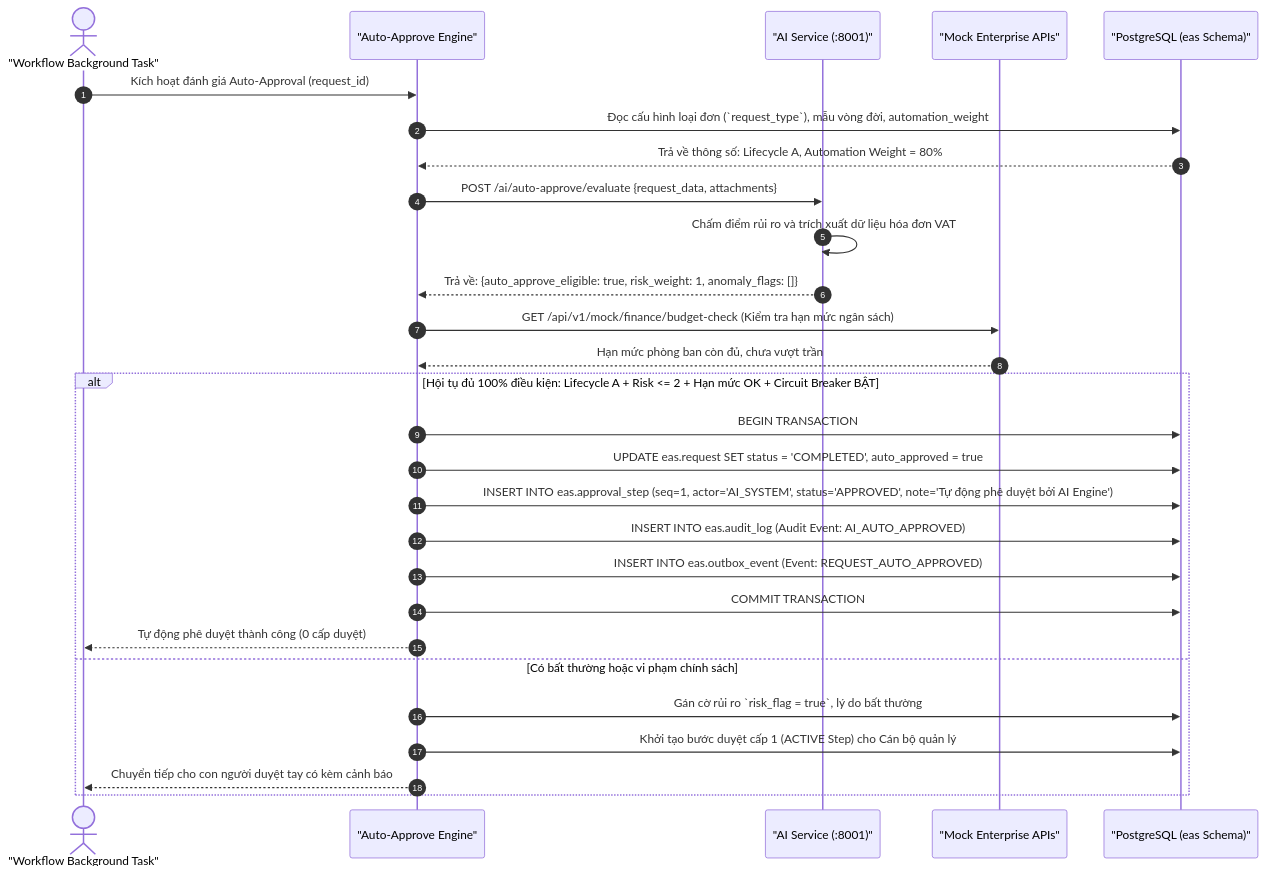
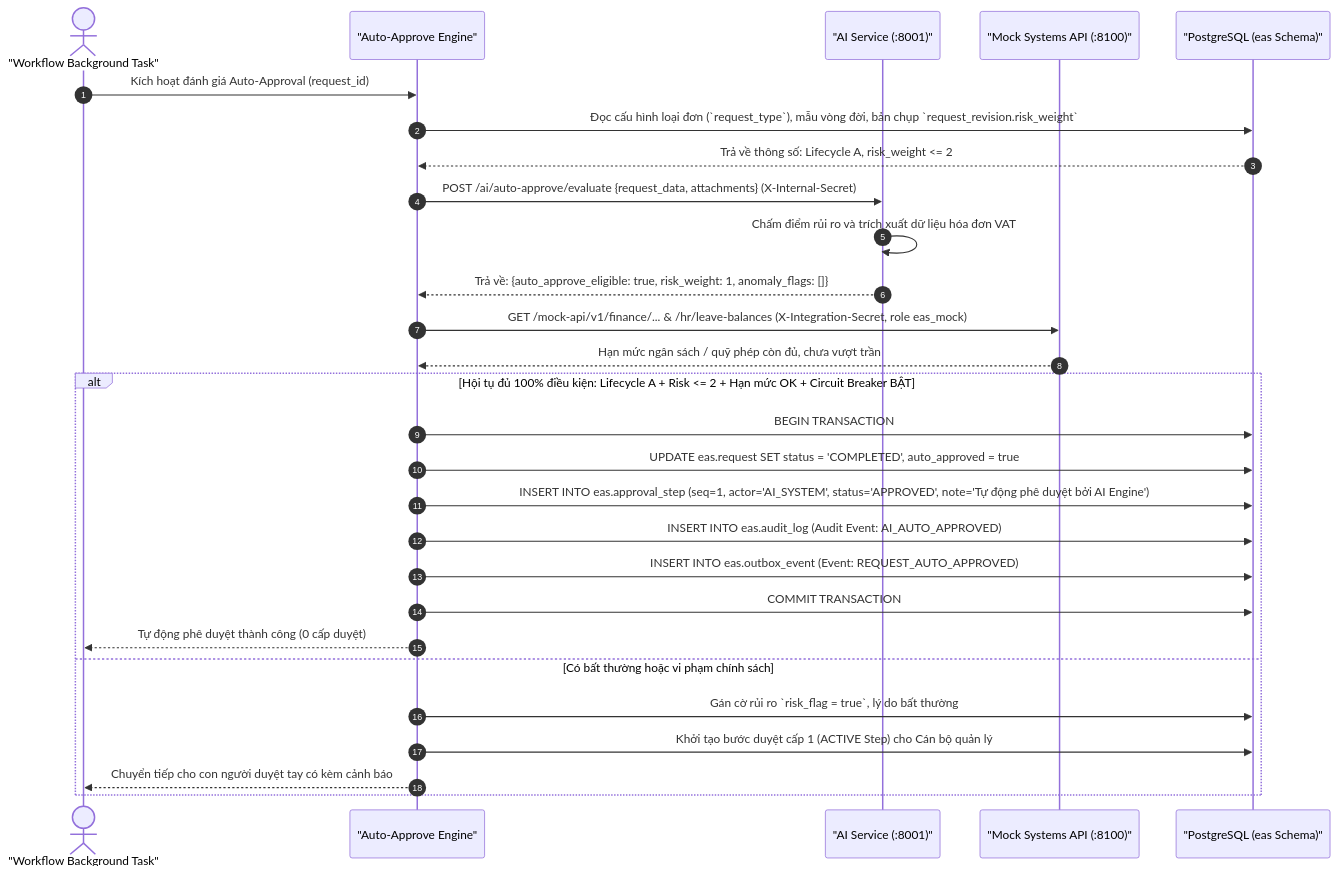
Before and after one commit to PhanQuangHuy2310/DATN: the fifth of 22 diagrams in workspace/analysis_design/04_SO_DO_SEQUENCE.md, drawn with Mermaid. The commit also changed other lines of this file and 176 other files, not shown here.

First line of the commit message:
feat: external systems via API, schema v2, security fixes and E2E-verified UI

````diff
--- a/workspace/analysis_design/04_SO_DO_SEQUENCE.md
+++ b/workspace/analysis_design/04_SO_DO_SEQUENCE.md
@@ -211,34 +211,34 @@
 ```mermaid
 sequenceDiagram
     autonumber
     actor Worker as "Workflow Background Task"
     participant Engine as "Auto-Approve Engine"
     participant AI as "AI Service (:8001)"
-    participant MockSys as "Mock Enterprise APIs"
+    participant MockSys as "Mock Systems API (:8100)"
     participant DB as "PostgreSQL (eas Schema)"
 
     Worker->>Engine: Kích hoạt đánh giá Auto-Approval (request_id)
-    Engine->>DB: Đọc cấu hình loại đơn (`request_type`), mẫu vòng đời, automation_weight
-    DB-->>Engine: Trả về thông số: Lifecycle A, Automation Weight = 80%
+    Engine->>DB: Đọc cấu hình loại đơn (`request_type`), mẫu vòng đời, bản chụp `request_revision.risk_weight`
+    DB-->>Engine: Trả về thông số: Lifecycle A, risk_weight <= 2
 
-    Engine->>AI: POST /ai/auto-approve/evaluate {request_data, attachments}
+    Engine->>AI: POST /ai/auto-approve/evaluate {request_data, attachments} (X-Internal-Secret)
     AI->>AI: Chấm điểm rủi ro và trích xuất dữ liệu hóa đơn VAT
     AI-->>Engine: Trả về: {auto_approve_eligible: true, risk_weight: 1, anomaly_flags: []}
 
-    Engine->>MockSys: GET /api/v1/mock/finance/budget-check (Kiểm tra hạn mức ngân sách)
-    MockSys-->>Engine: Hạn mức phòng ban còn đủ, chưa vượt trần
+    Engine->>MockSys: GET /mock-api/v1/finance/... & /hr/leave-balances (X-Integration-Secret, role eas_mock)
+    MockSys-->>Engine: Hạn mức ngân sách / quỹ phép còn đủ, chưa vượt trần
 
     alt Hội tụ đủ 100% điều kiện: Lifecycle A + Risk <= 2 + Hạn mức OK + Circuit Breaker BẬT
         Engine->>DB: BEGIN TRANSACTION
         Engine->>DB: UPDATE eas.request SET status = 'COMPLETED', auto_approved = true
         Engine->>DB: INSERT INTO eas.approval_step (seq=1, actor='AI_SYSTEM', status='APPROVED', note='Tự động phê duyệt bởi AI Engine')
         Engine->>DB: INSERT INTO eas.audit_log (Audit Event: AI_AUTO_APPROVED)
         Engine->>DB: INSERT INTO eas.outbox_event (Event: REQUEST_AUTO_APPROVED)
         Engine->>DB: COMMIT TRANSACTION
         Engine-->>Worker: Tự động phê duyệt thành công (0 cấp duyệt)
     else Có bất thường hoặc vi phạm chính sách
         Engine->>DB: Gán cờ rủi ro `risk_flag = true`, lý do bất thường
         Engine->>DB: Khởi tạo bước duyệt cấp 1 (ACTIVE Step) cho Cán bộ quản lý
         Engine-->>Worker: Chuyển tiếp cho con người duyệt tay có kèm cảnh báo
     end
 ```
````
